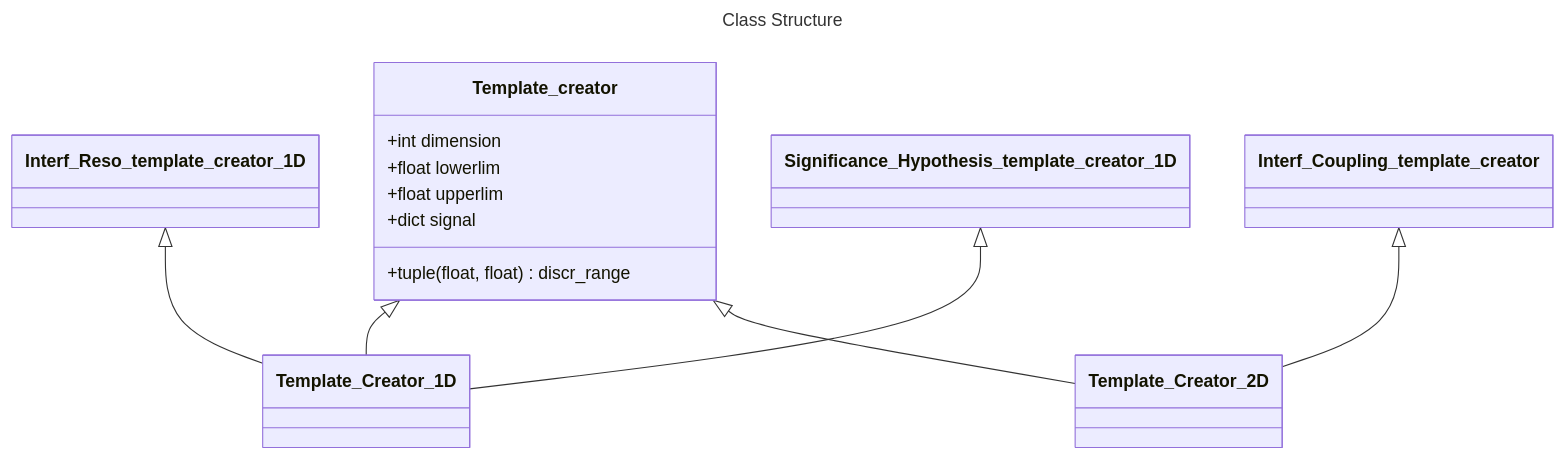
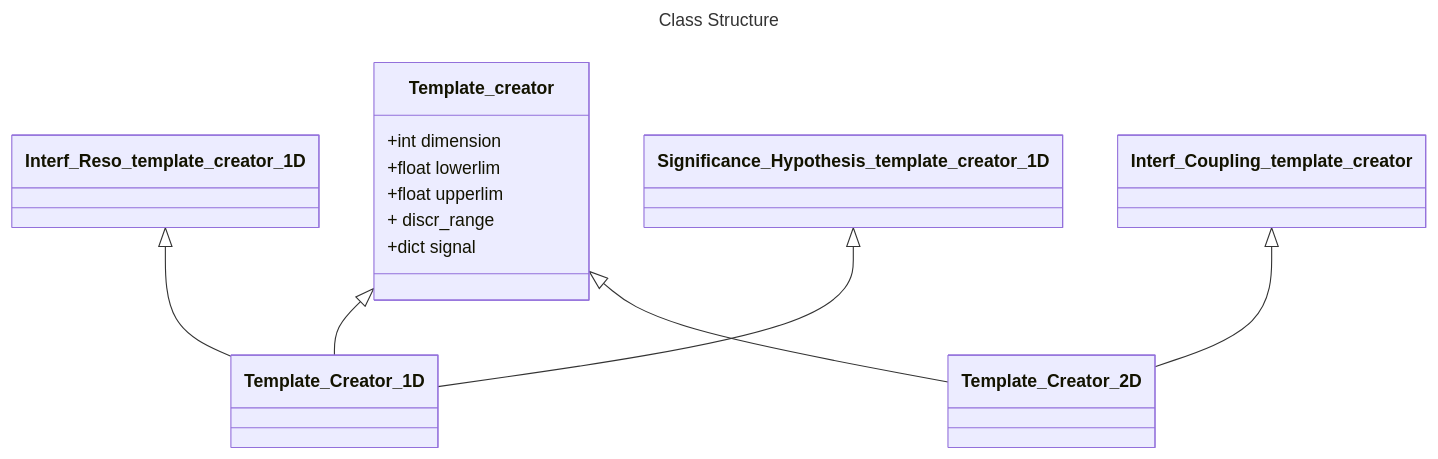
Before and after one commit to hexutils/Combine-Template-Creation: the diagram in README.md, drawn with Mermaid.

````diff
--- a/README.md
+++ b/README.md
@@ -27,18 +27,18 @@
 ```mermaid
 ---
 title: Class Structure
 ---
 classDiagram
   Template_creator <|-- Template_Creator_1D
   Template_creator <|-- Template_Creator_2D
   Interf_Coupling_template_creator <|-- Template_Creator_2D
   Interf_Reso_template_creator_1D <|-- Template_Creator_1D
   Significance_Hypothesis_template_creator_1D <|-- Template_Creator_1D
   class Template_creator{
     +int dimension
     +float lowerlim
     +float upperlim
-    +tuple(float, float) discr_range
+    +<float, float> discr_range
     +dict signal
   }
 ```
````
